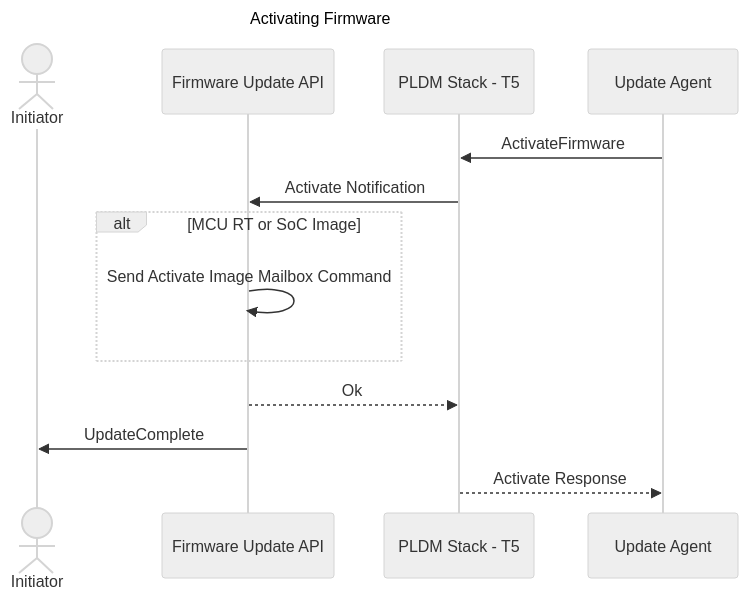
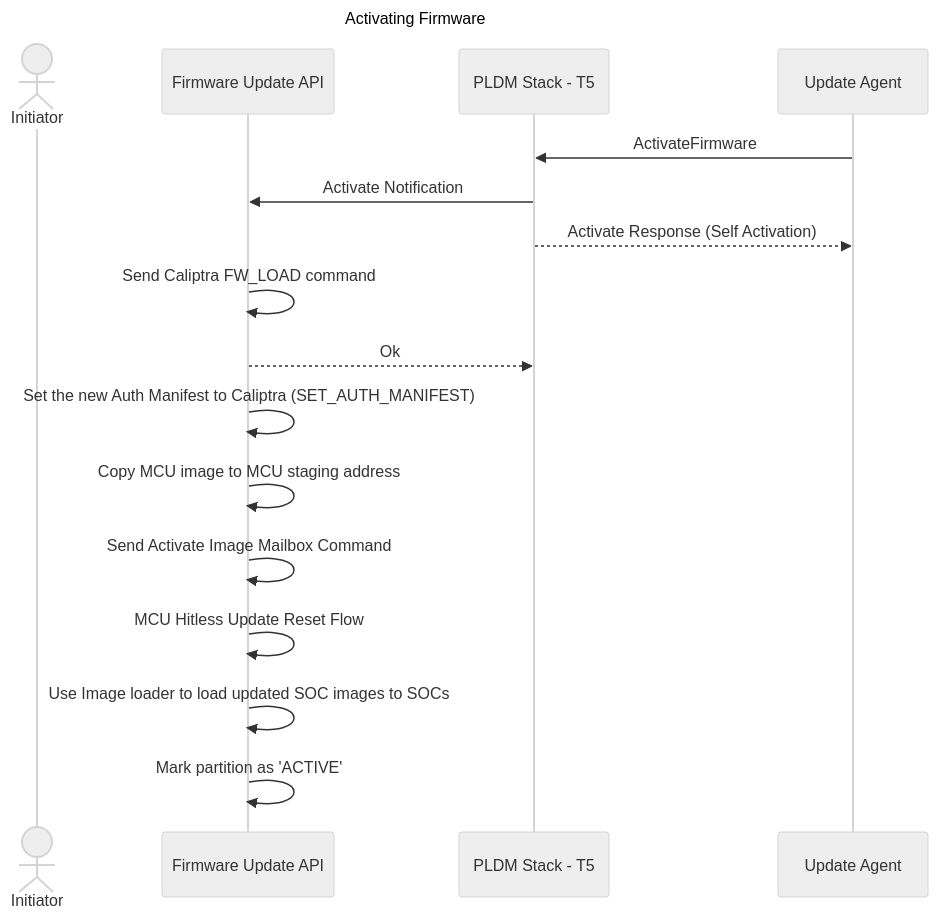
Before and after one commit to chipsalliance/caliptra-mcu-sw: the ninth of 10 diagrams in docs/src/firmware_update.md, drawn with Mermaid (neutral theme). The commit also changed other lines of this file, not shown here.

First line of the commit message:
Firmware Update Spec Update (#330)

````diff
--- a/docs/src/firmware_update.md
+++ b/docs/src/firmware_update.md
@@ -196,18 +174,22 @@
 ```mermaid
 sequenceDiagram
     title Activating Firmware
 
     actor App as Initiator
     participant API as Firmware Update API
     participant Firmware as PLDM Stack - T5
     participant PLDM as Update Agent
 
     PLDM->>Firmware: ActivateFirmware
     Firmware->>API: Activate Notification
-    alt MCU RT or SoC Image
-        API->>API: Send Activate Image Mailbox Command
-    end
+    Firmware-->>PLDM: Activate Response (Self Activation)
+    API->>API: Send Caliptra FW_LOAD command
     API-->>Firmware: Ok
-    API->>App: UpdateComplete
-    Firmware-->>PLDM: Activate Response
+
+    API->>API: Set the new Auth Manifest to Caliptra  (SET_AUTH_MANIFEST)  
+    API->>API: Copy MCU image to MCU staging address
+    API->>API: Send Activate Image Mailbox Command
+    API->>API: MCU Hitless Update Reset Flow
+    API->>API: Use Image loader to load updated SOC images to SOCs
+    API->>API: Mark partition as 'ACTIVE'
 ```
````
